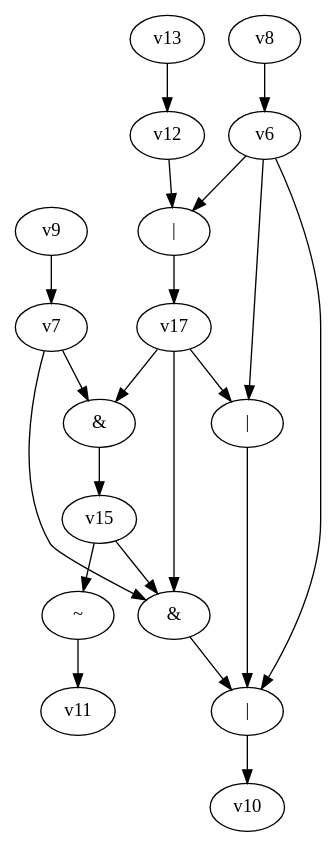
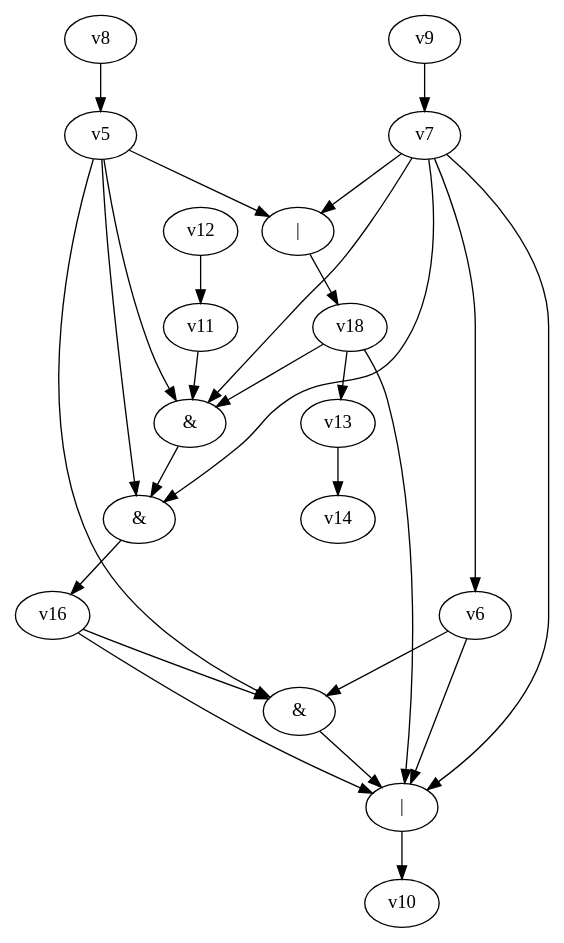
Before and after one commit to yadej/graph_project: the diagram in dot_files/random_bool_circ.dot, drawn with Graphviz. The commit also changed 2 other files, not shown here.

```diff
--- a/dot_files/random_bool_circ.dot
+++ b/dot_files/random_bool_circ.dot
@@ -1,26 +1,31 @@
 digraph G { 
 v0 [label="|"]; 
 v1 [label="&"]; 
-v2 [label="~"]; 
-v4 [label="|"]; 
-v14 [label="&"]; 
-v16 [label="|"]; 
+v3 [label="&"]; 
+v15 [label="&"]; 
+v17 [label="|"]; 
 v0 -> v10;
 v1 -> v0;
-v2 -> v11;
-v4 -> v0;
+v3 -> v15 -> v16;
+v5 -> v1;
+v5 -> v3;
+v5 -> v15;
+v5 -> v17 -> v18;
 v6 -> v0;
-v6 -> v4;
-v6 -> v16 -> v17;
-v7 -> v1;
-v7 -> v14 -> v15;
-v8 -> v6;
+v6 -> v1;
+v7 -> v0;
+v7 -> v3;
+v7 -> v6;
+v7 -> v15;
+v7 -> v17;
+v8 -> v5;
 v9 -> v7;
-v12 -> v16;
-v13 -> v12;
-v15 -> v1;
-v15 -> v2;
-v17 -> v1;
-v17 -> v4;
-v17 -> v14;
+v11 -> v3;
+v12 -> v11;
+v13 -> v14;
+v16 -> v0;
+v16 -> v1;
+v18 -> v0;
+v18 -> v3;
+v18 -> v13;
 }
```
